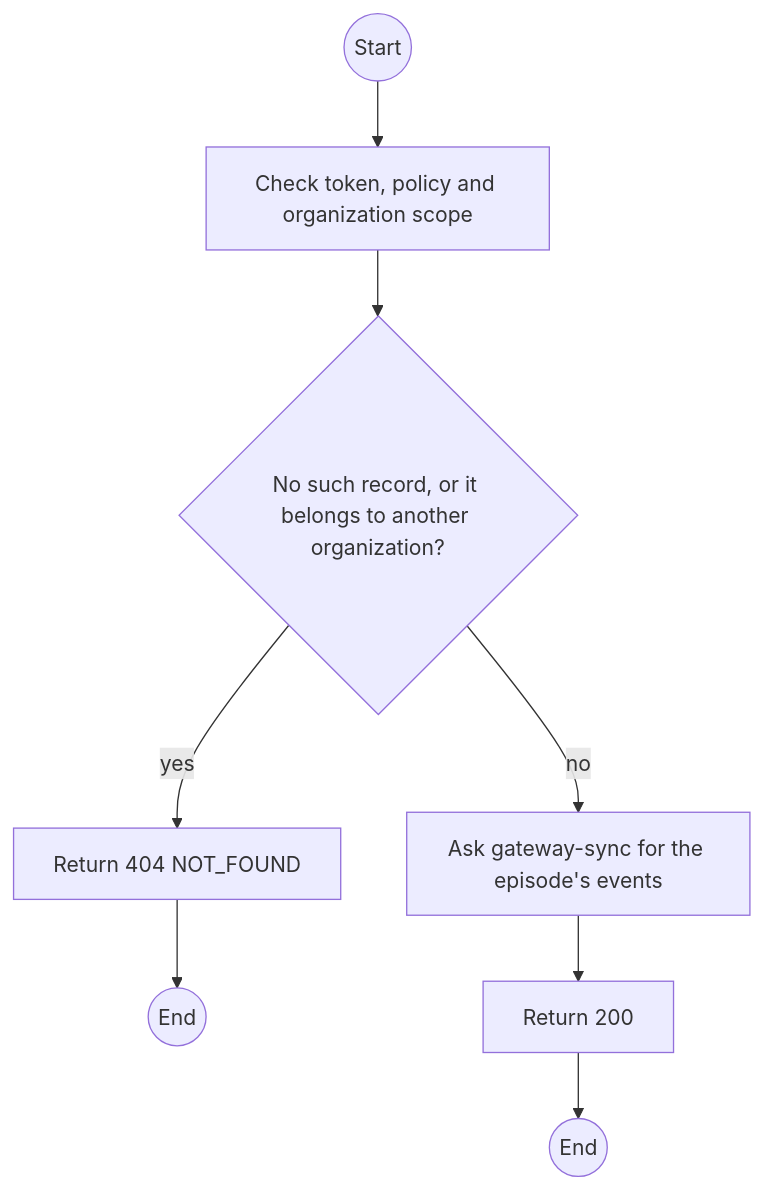
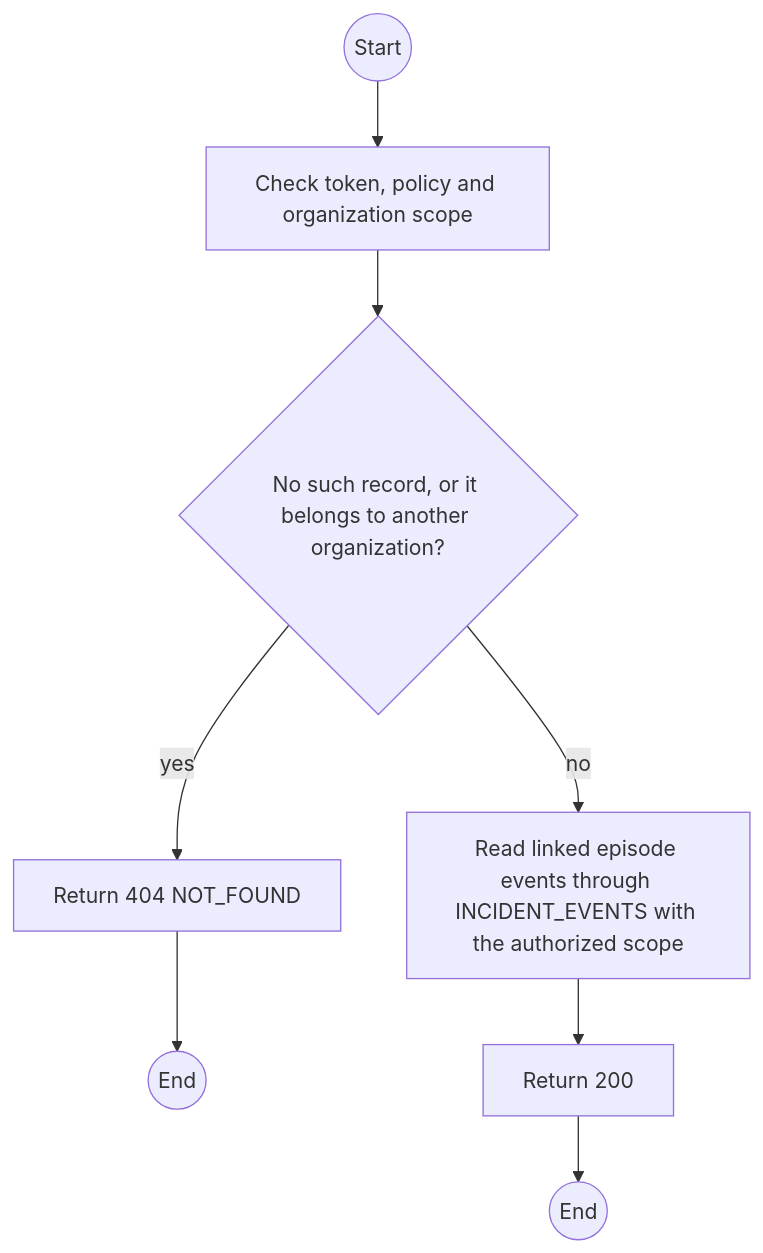
The first of 2 diagrams in specs/incidents/api-design/13-get-incidents-id-events.md (TrekLink-Team/treklink-web), drawn with Mermaid before and after one commit. The commit also changed other lines of this file and 23 other files, not shown here.

First line of the commit message:
feat: expose incident episode events through a port

````diff
--- a/specs/incidents/api-design/13-get-incidents-id-events.md
+++ b/specs/incidents/api-design/13-get-incidents-id-events.md
@@ -112,16 +112,16 @@
 ```mermaid
 flowchart TB
     S((Start))
     A0["Check token, policy and organization scope"]
     S --> A0
     D1{"No such record, or it belongs to another organization?"}
     A0 --> D1
     E1["Return 404 NOT_FOUND"]
     D1 -->|yes| E1
     E1 --> X1((End))
-    P0["Ask gateway-sync for the episode's events"]
+    P0["Read linked episode events through INCIDENT_EVENTS with the authorized scope"]
     D1 -->|no| P0
     OK["Return 200"]
     P0 --> OK
     OK --> Z((End))
 ```
````
